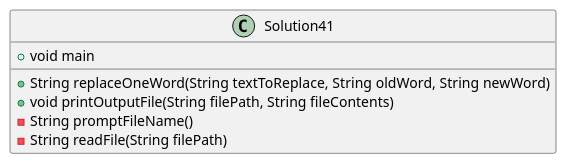
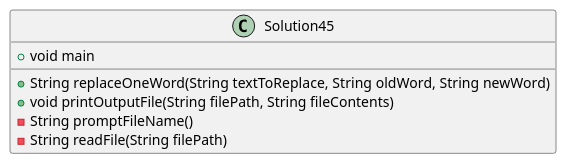
One commit to DetrichLange/lange-a04 changed the diagram in exercise45/docs/diagram.puml. Above: the diagram before and after it, drawn with PlantUML. The commit also changed 10 other files, not shown here.

```diff
--- a/exercise45/docs/diagram.puml
+++ b/exercise45/docs/diagram.puml
@@ -1,11 +1,19 @@
 @startuml
 
-class Solution41{
+/'
+If I were to expand this program, I would probably have one
+class for reading in a file and modifying it, and a second
+class for printing it out (or maybe three for reading/
+modifying/printing, if there were more possible
+modifications).
+'/
+
+class Solution45{
 +void main
 +String replaceOneWord(String textToReplace, String oldWord, String newWord)
 +void printOutputFile(String filePath, String fileContents)
 -String promptFileName()
 -String readFile(String filePath)
 }
 
 @enduml
```
